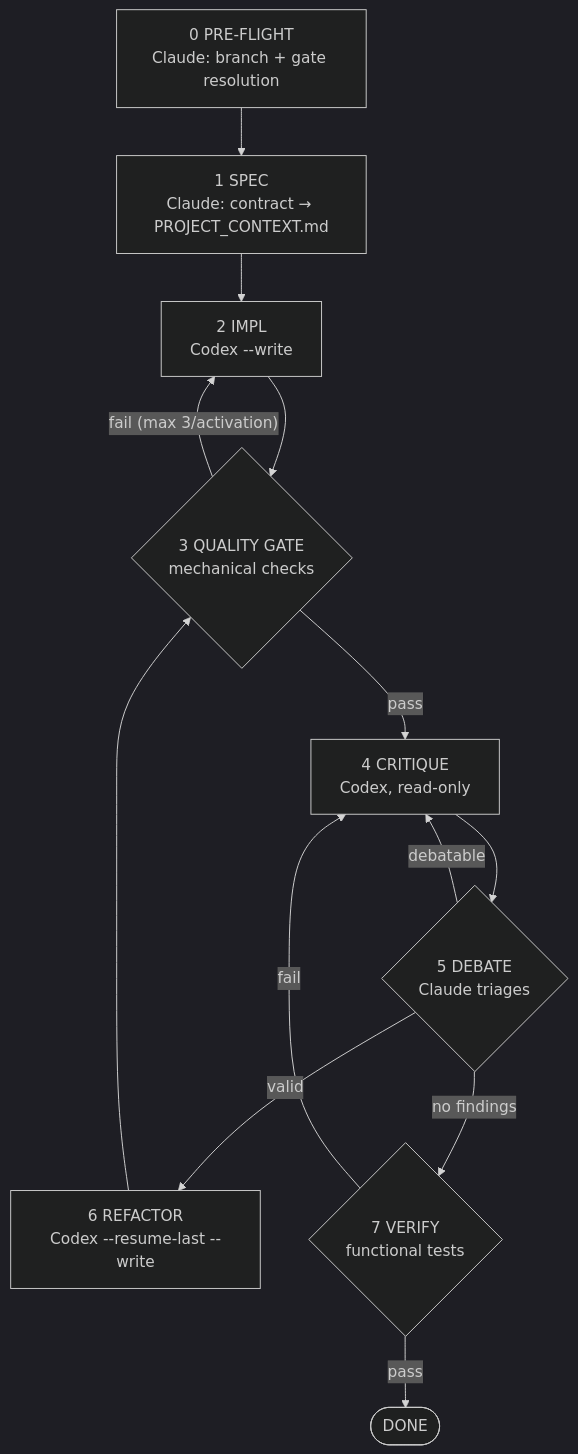
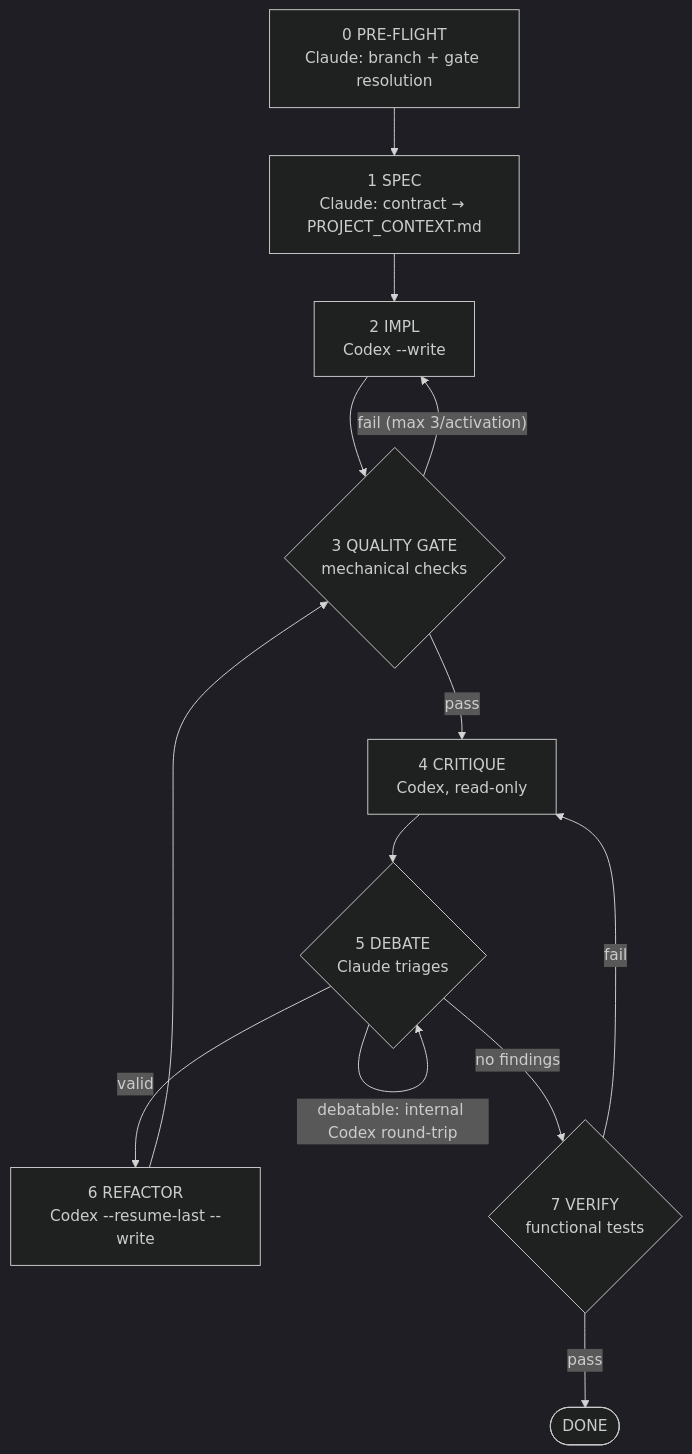
The first of 2 diagrams in README.md (Ranteck/graph-engineer), drawn with Mermaid (dark theme) before and after one commit. The commit also changed other lines of this file and 3 other files, not shown here.

````diff
--- a/README.md
+++ b/README.md
@@ -56,15 +56,15 @@
 ```mermaid
 flowchart TD
     PF["0 PRE-FLIGHT<br/>Claude: branch + gate resolution"] --> SPEC["1 SPEC<br/>Claude: contract → PROJECT_CONTEXT.md"]
     SPEC --> IMPL["2 IMPL<br/>Codex --write"]
     IMPL --> QG{"3 QUALITY GATE<br/>mechanical checks"}
     QG -- "fail (max 3/activation)" --> IMPL
     QG -- pass --> CRIT["4 CRITIQUE<br/>Codex, read-only"]
     CRIT --> DEBATE{"5 DEBATE<br/>Claude triages"}
     DEBATE -- valid --> REFACTOR["6 REFACTOR<br/>Codex --resume-last --write"]
-    DEBATE -- debatable --> CRIT
+    DEBATE -- "debatable: internal Codex round-trip" --> DEBATE
     REFACTOR --> QG
     DEBATE -- "no findings" --> VERIFY{"7 VERIFY<br/>functional tests"}
     VERIFY -- fail --> CRIT
     VERIFY -- pass --> DONE(["DONE"])
 ```
````
